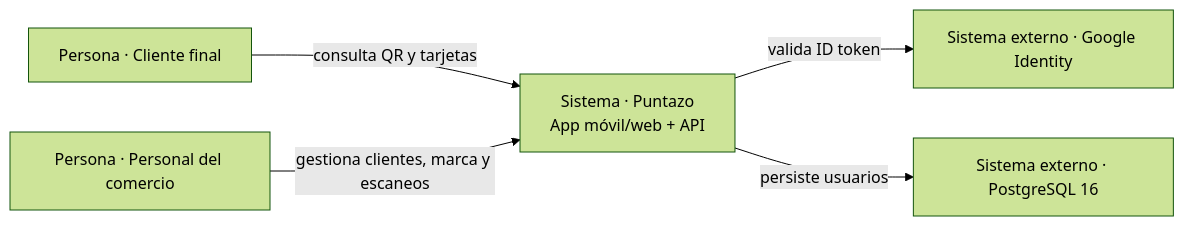
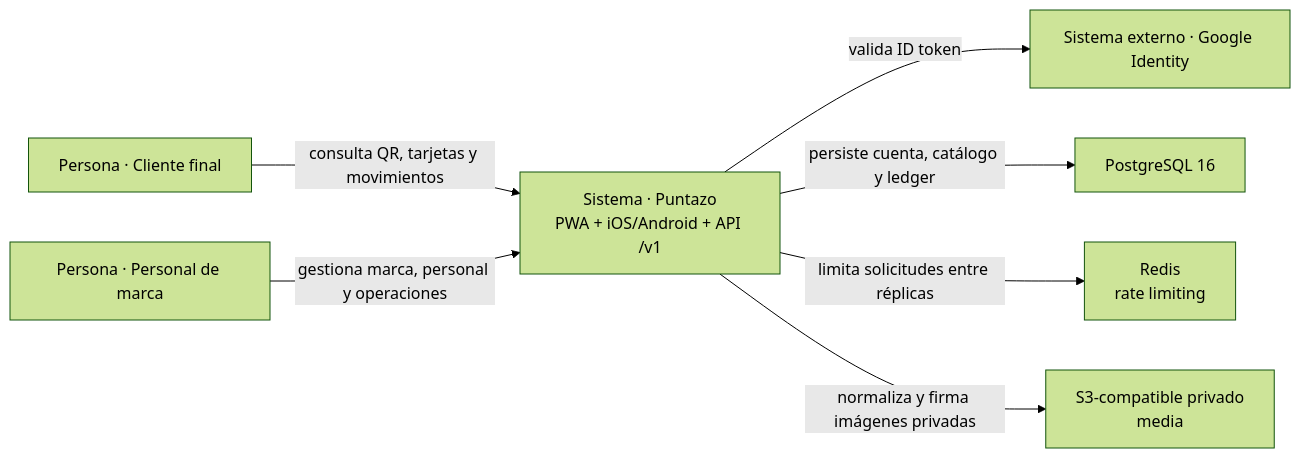
Before and after one commit to gagonzalez1/puntazo-docs: the diagram in docs/architecture/01-context.md, drawn with Mermaid (forest theme). The commit also changed other lines of this file and 4 other files, not shown here.

Commit message:
docs(architecture): map implemented release containers

````diff
--- a/docs/architecture/01-context.md
+++ b/docs/architecture/01-context.md
@@ -18,17 +20,24 @@
 ```mermaid
 flowchart LR
     CUSTOMER["Persona · Cliente final"]
-    STAFF["Persona · Personal del comercio"]
-    PUNTAZO["Sistema · Puntazo\nApp móvil/web + API"]
+    STAFF["Persona · Personal de marca"]
+    PUNTAZO["Sistema · Puntazo
+PWA + iOS/Android + API /v1"]
     GOOGLE["Sistema externo · Google Identity"]
-    POSTGRES["Sistema externo · PostgreSQL 16"]
+    POSTGRES["PostgreSQL 16"]
+    REDIS["Redis
+rate limiting"]
+    S3["S3-compatible privado
+media"]
 
-    CUSTOMER -->|"consulta QR y tarjetas"| PUNTAZO
-    STAFF -->|"gestiona clientes, marca y escaneos"| PUNTAZO
+    CUSTOMER -->|"consulta QR, tarjetas y movimientos"| PUNTAZO
+    STAFF -->|"gestiona marca, personal y operaciones"| PUNTAZO
     PUNTAZO -->|"valida ID token"| GOOGLE
-    PUNTAZO -->|"persiste usuarios"| POSTGRES
+    PUNTAZO -->|"persiste cuenta, catálogo y ledger"| POSTGRES
+    PUNTAZO -->|"limita solicitudes entre réplicas"| REDIS
+    PUNTAZO -->|"normaliza y firma imágenes privadas"| S3
 
     click PUNTAZO href "#/c4-containers" "Ver contenedores"
     click CUSTOMER href "#/customer-flows" "Ver flujos de cliente"
     click STAFF href "#/merchant-flows" "Ver flujos de comercio"
 ```
````
